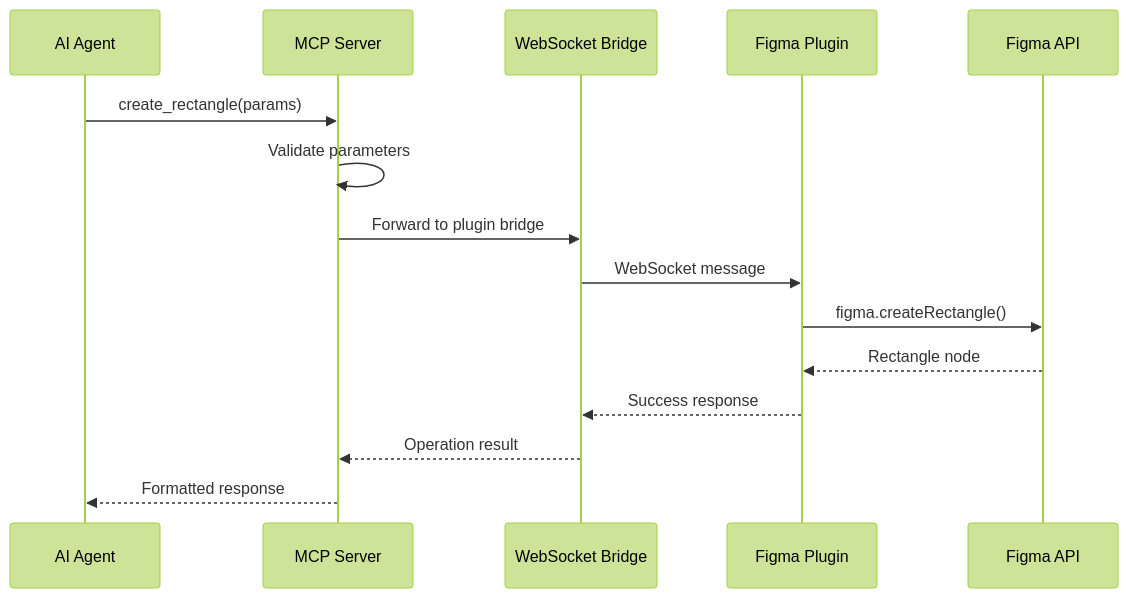
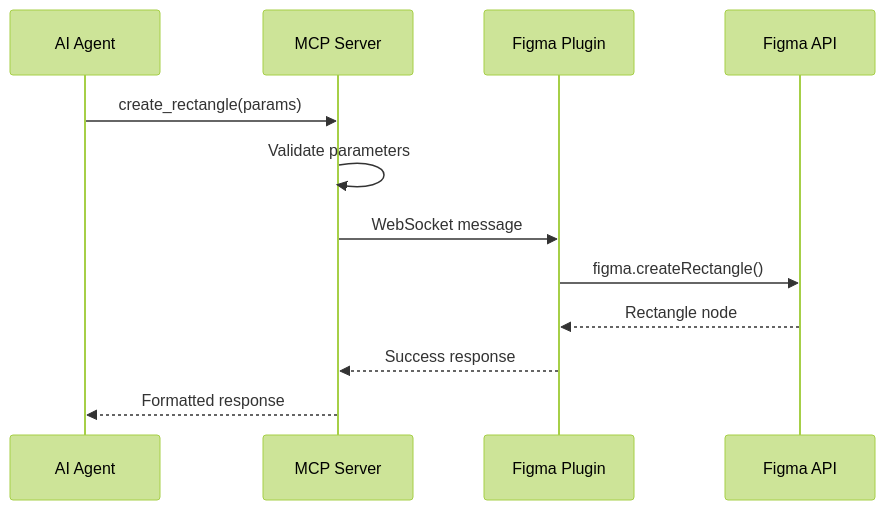
One commit to oO/figma-mcp-write-server changed the diagram in DEVELOPMENT.md. Above: the diagram before and after it, drawn with Mermaid (forest theme). The commit also changed other lines of this file and 2 other files, not shown here.

````diff
--- a/DEVELOPMENT.md
+++ b/DEVELOPMENT.md
@@ -131,18 +63,15 @@
 ```mermaid
 sequenceDiagram
     participant AI as AI Agent
     participant MCP as MCP Server
-    participant WS as WebSocket Bridge
     participant Plugin as Figma Plugin
     participant Figma as Figma API
 
     AI->>MCP: create_rectangle(params)
     MCP->>MCP: Validate parameters
-    MCP->>WS: Forward to plugin bridge
-    WS->>Plugin: WebSocket message
+    MCP->>Plugin: WebSocket message
     Plugin->>Figma: figma.createRectangle()
     Figma-->>Plugin: Rectangle node
-    Plugin-->>WS: Success response
-    WS-->>MCP: Operation result
+    Plugin-->>MCP: Success response
     MCP-->>AI: Formatted response
 ```
````
